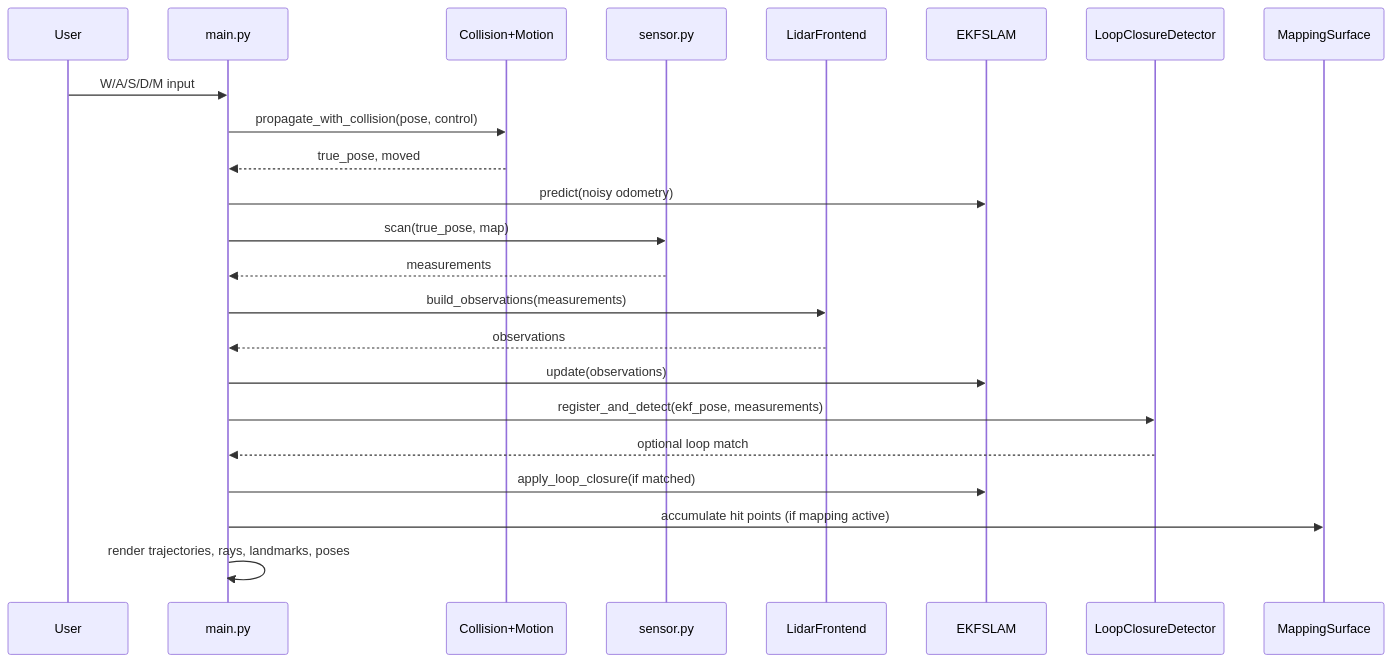
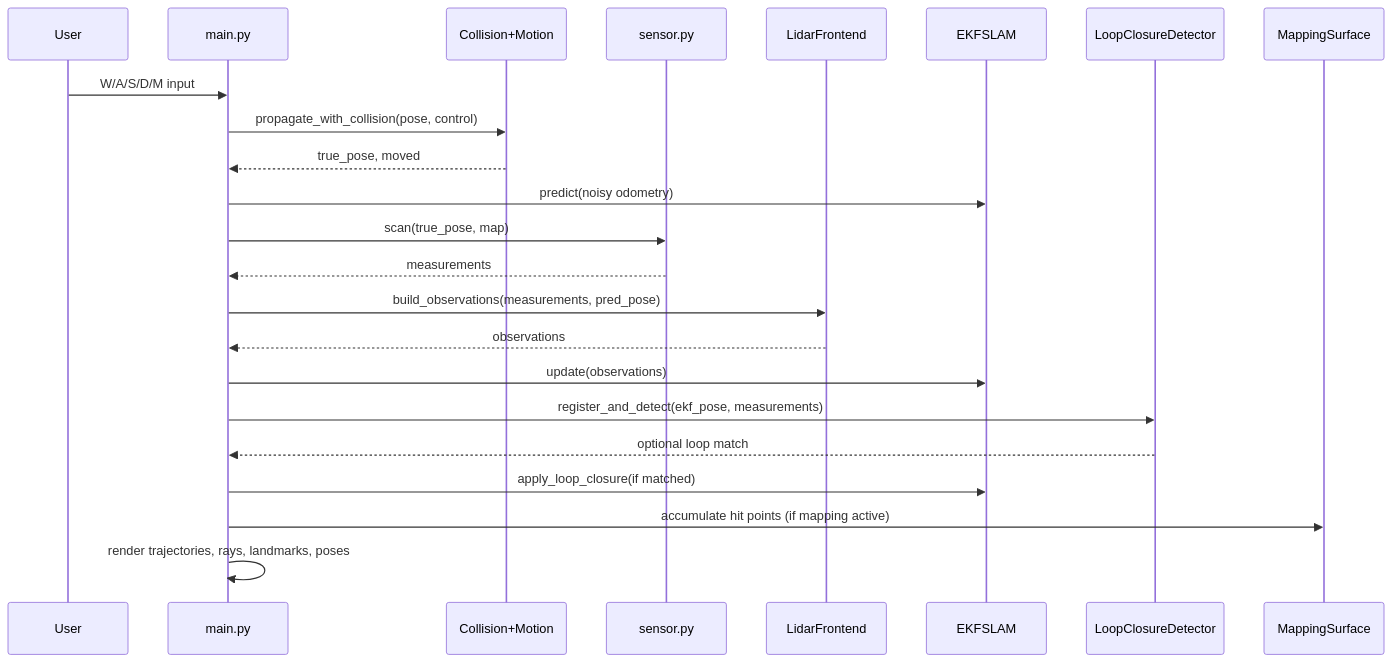
Before and after one commit to Rishabh-spec-ux/SLAM: the third of 3 diagrams in README.MD, drawn with Mermaid. The commit also changed other lines of this file and 3 other files, not shown here.

````diff
--- a/README.MD
+++ b/README.MD
@@ -374,26 +378,26 @@
 ```mermaid
 sequenceDiagram
     participant User
     participant Main as main.py
     participant Motion as Collision+Motion
     participant Sensor as sensor.py
     participant Frontend as LidarFrontend
     participant EKF as EKFSLAM
     participant LC as LoopClosureDetector
     participant Map as MappingSurface
 
     User->>Main: W/A/S/D/M input
     Main->>Motion: propagate_with_collision(pose, control)
     Motion-->>Main: true_pose, moved
     Main->>EKF: predict(noisy odometry)
     Main->>Sensor: scan(true_pose, map)
     Sensor-->>Main: measurements
-    Main->>Frontend: build_observations(measurements)
+    Main->>Frontend: build_observations(measurements, pred_pose)
     Frontend-->>Main: observations
     Main->>EKF: update(observations)
     Main->>LC: register_and_detect(ekf_pose, measurements)
     LC-->>Main: optional loop match
     Main->>EKF: apply_loop_closure(if matched)
     Main->>Map: accumulate hit points (if mapping active)
     Main->>Main: render trajectories, rays, landmarks, poses
 ```
````
